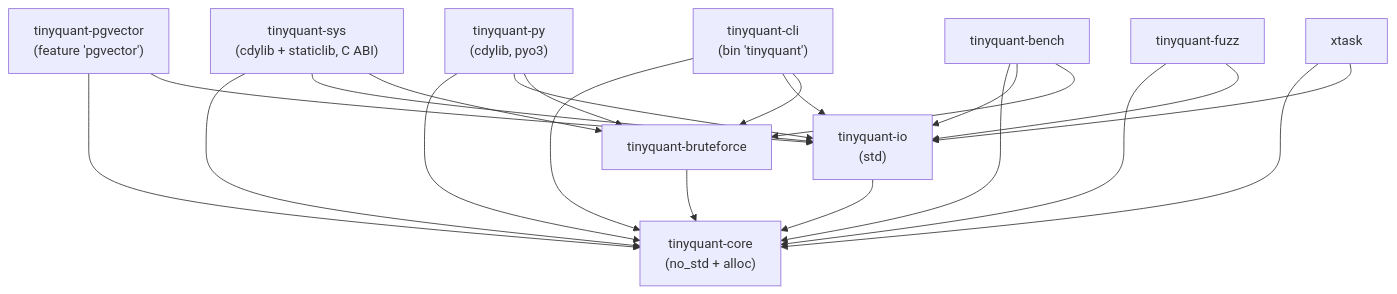
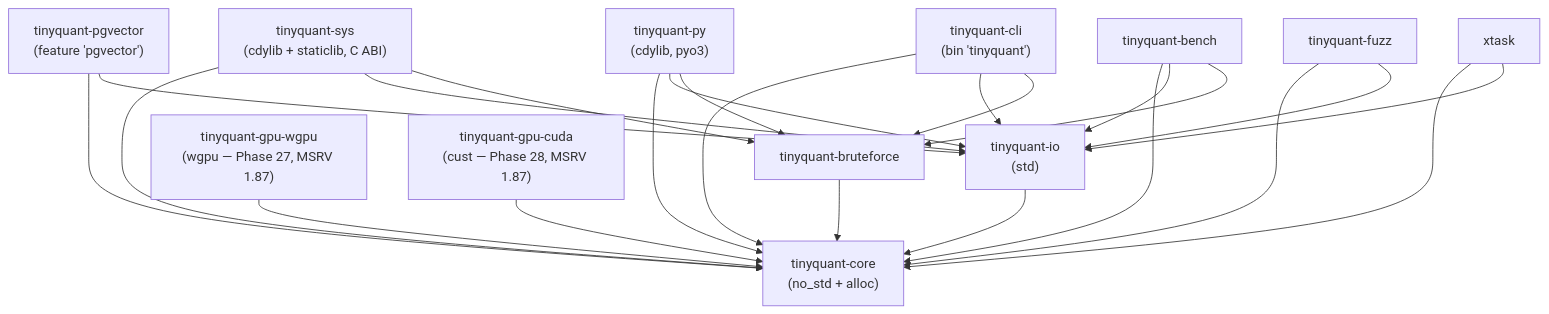
The diagram in docs/design/rust/crate-topology.md (better-with-models/TinyQuant), drawn with Mermaid before and after one commit. The commit also changed other lines of this file and 8 other files, not shown here.

````diff
--- a/docs/design/rust/crate-topology.md
+++ b/docs/design/rust/crate-topology.md
@@ -53,34 +55,38 @@
 ```mermaid
 graph TD
     Core["tinyquant-core<br/>(no_std + alloc)"]
     IO["tinyquant-io<br/>(std)"]
     BF["tinyquant-bruteforce"]
     PG["tinyquant-pgvector<br/>(feature 'pgvector')"]
     Sys["tinyquant-sys<br/>(cdylib + staticlib, C ABI)"]
     Py["tinyquant-py<br/>(cdylib, pyo3)"]
     CLI["tinyquant-cli<br/>(bin 'tinyquant')"]
+    GpuWgpu["tinyquant-gpu-wgpu<br/>(wgpu — Phase 27, MSRV 1.87)"]
+    GpuCuda["tinyquant-gpu-cuda<br/>(cust — Phase 28, MSRV 1.87)"]
     Bench["tinyquant-bench"]
     Fuzz["tinyquant-fuzz"]
     XTask["xtask"]
 
     IO --> Core
     BF --> Core
     PG --> Core
     PG --> IO
     Sys --> Core
     Sys --> IO
     Sys --> BF
     Py --> Core
     Py --> IO
     Py --> BF
     CLI --> Core
     CLI --> IO
     CLI --> BF
+    GpuWgpu --> Core
+    GpuCuda --> Core
     Bench --> Core
     Bench --> IO
     Bench --> BF
     Fuzz --> Core
     Fuzz --> IO
     XTask --> Core
     XTask --> IO
 ```
````
